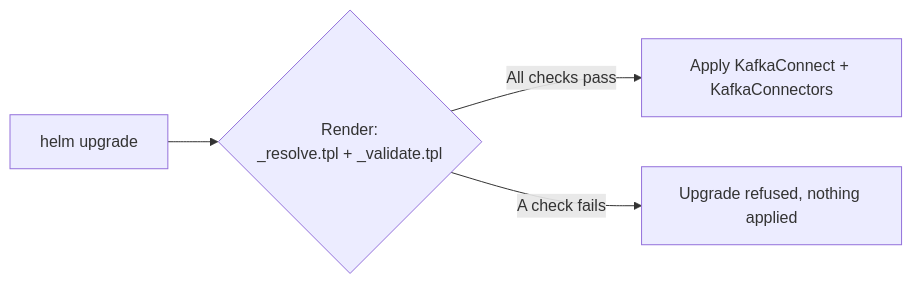
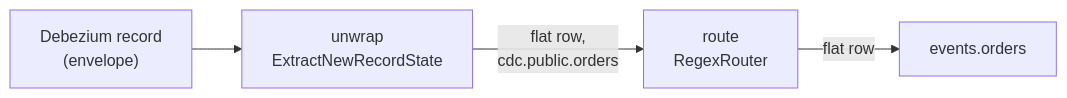
The sixth of 11 diagrams in docs/book/21-kafka-connect.md (bmscomp/kates), drawn with Mermaid before and after one commit. The commit also changed other lines of this file and 52 other files, not shown here.

````diff
--- a/docs/book/21-kafka-connect.md
+++ b/docs/book/21-kafka-connect.md
@@ -514,9 +519,9 @@
 ```mermaid
-%%| label: fig-kc-predeploy-validation
-%%| fig-cap: "The chart checks connector configs while Helm renders it, so a bad config fails the upgrade before anything is applied."
-%%| fig-alt: "helm upgrade renders the chart through _resolve.tpl and _validate.tpl. If every check passes, the KafkaConnect and KafkaConnector resources are applied; if a check fails, the upgrade is refused and nothing is applied."
+%%| label: fig-kc-smt-pipeline
+%%| fig-cap: "Each transform sees the previous one's output: unwrap first, then route, or the router sees the envelope."
+%%| fig-alt: "A Debezium record with its before, after, source and op envelope goes through unwrap (ExtractNewRecordState), which leaves the flat row on cdc.public.orders, then through route (RegexRouter), which renames the topic, and lands on events.orders."
 graph LR
-    A["helm upgrade"] --> B{"Render:<br/>_resolve.tpl + _validate.tpl"}
-    B -->|"All checks pass"| C["Apply KafkaConnect + KafkaConnectors"]
-    B -->|"A check fails"| D["Upgrade refused, nothing applied"]
+    R["Debezium record<br/>(envelope)"] --> U["unwrap<br/>ExtractNewRecordState"]
+    U -->|"flat row,<br/>cdc.public.orders"| RT["route<br/>RegexRouter"]
+    RT -->|"flat row"| T["events.orders"]
 ```
````
